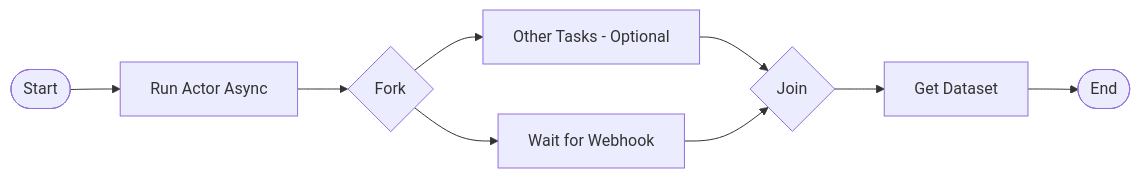
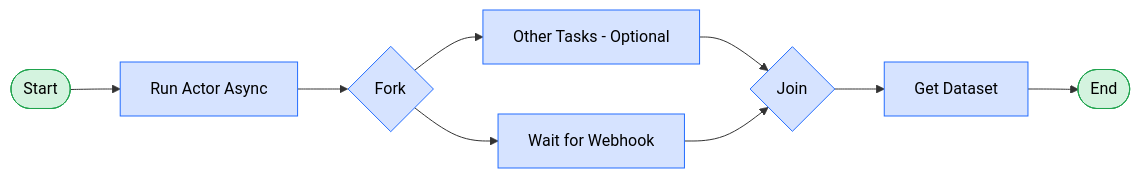
The eighth of 9 diagrams in sources/platform/integrations/workflows-and-notifications/camunda.md (apify/apify-docs), drawn with Mermaid before and after one commit. The commit also changed other lines of this file, not shown here.

Commit message:
docs: update Camunda integration documentation with enhanced descriptions, improved structure, and additional details on operations

````diff
--- a/sources/platform/integrations/workflows-and-notifications/camunda.md
+++ b/sources/platform/integrations/workflows-and-notifications/camunda.md
@@ -464,11 +695,16 @@
 ```mermaid
 graph LR
     A([Start]) --> B[Run Actor Async]
     B --> C{Fork}
     C --> D[Other Tasks - Optional]
     C --> E[Wait for Webhook]
     D --> F{Join}
     E --> F
     F --> G[Get Dataset]
     G --> H([End])
+
+    classDef camunda fill:#d6e3ff,stroke:#246dff,color:#000
+    classDef terminal fill:#d4f3df,stroke:#20a34e,color:#000
+    class B,C,D,E,F,G camunda
+    class A,H terminal
 ```
````
